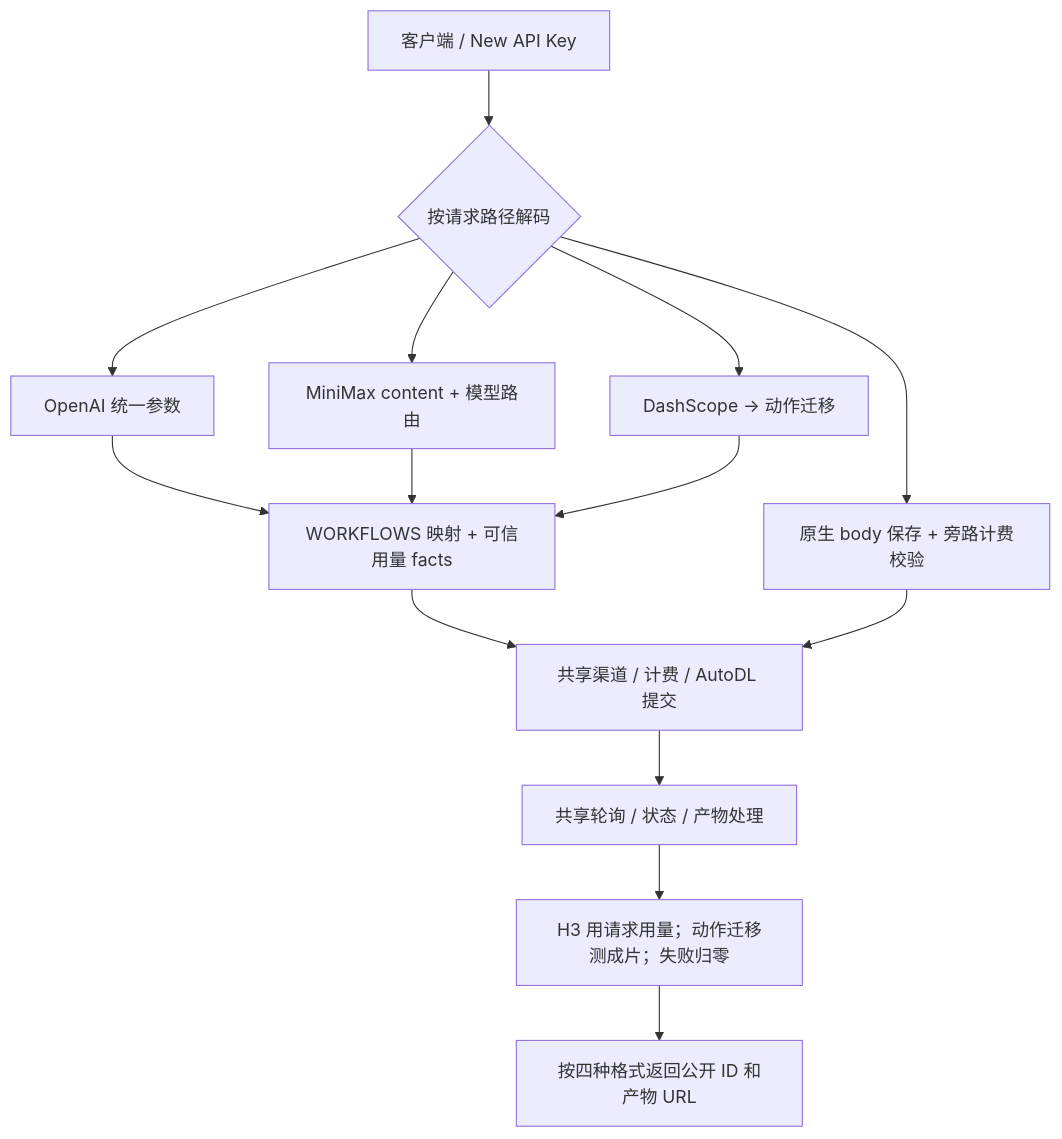
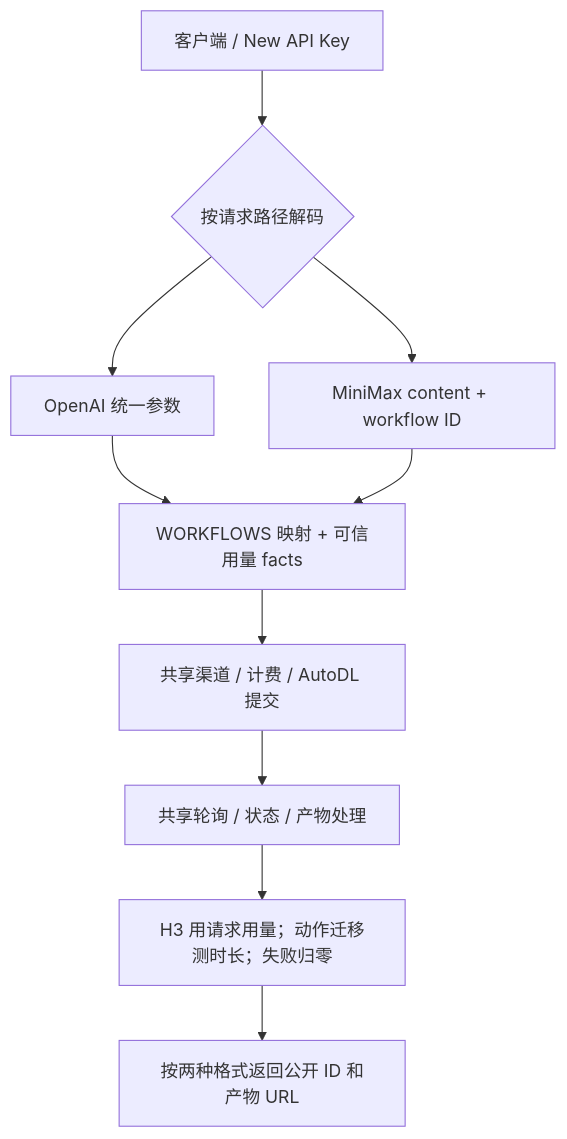
One commit to yiyinfaith/new-api-plugin-autodl changed the diagram in API.md. Above: the diagram before and after it, drawn with Mermaid. The commit also changed other lines of this file and 9 other files, not shown here.

First line of the commit message:
release: AutoDL plugin 1.0.5 keep only OpenAI and MiniMax, drop model auto-routing

````diff
--- a/API.md
+++ b/API.md
@@ -685,13 +487,11 @@
 ```mermaid
 flowchart TD
   Client["客户端 / New API Key"] --> Decode{"按请求路径解码"}
   Decode --> OpenAI["OpenAI 统一参数"]
-  Decode --> MiniMax["MiniMax content + 模型路由"]
-  Decode --> Native["原生 body 保存 + 旁路计费校验"]
-  Decode --> Dash["DashScope → 动作迁移"]
-  OpenAI & MiniMax & Dash --> Normalize["WORKFLOWS 映射 + 可信用量 facts"]
-  Normalize & Native --> Task["共享渠道 / 计费 / AutoDL 提交"]
+  Decode --> MiniMax["MiniMax content + workflow ID"]
+  OpenAI & MiniMax --> Normalize["WORKFLOWS 映射 + 可信用量 facts"]
+  Normalize --> Task["共享渠道 / 计费 / AutoDL 提交"]
   Task --> Poll["共享轮询 / 状态 / 产物处理"]
-  Poll --> Settle["H3 用请求用量；动作迁移测成片；失败归零"]
-  Settle --> Response["按四种格式返回公开 ID 和产物 URL"]
+  Poll --> Settle["H3 用请求用量；动作迁移测时长；失败归零"]
+  Settle --> Response["按两种格式返回公开 ID 和产物 URL"]
 ```
````
